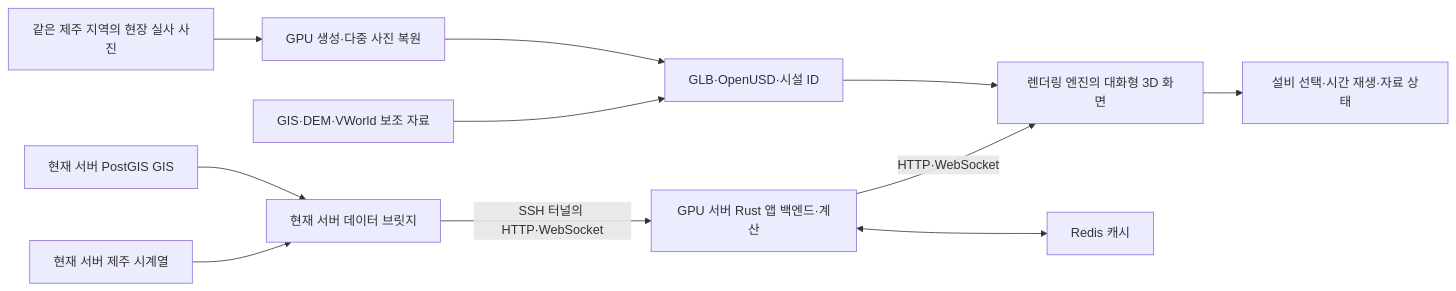
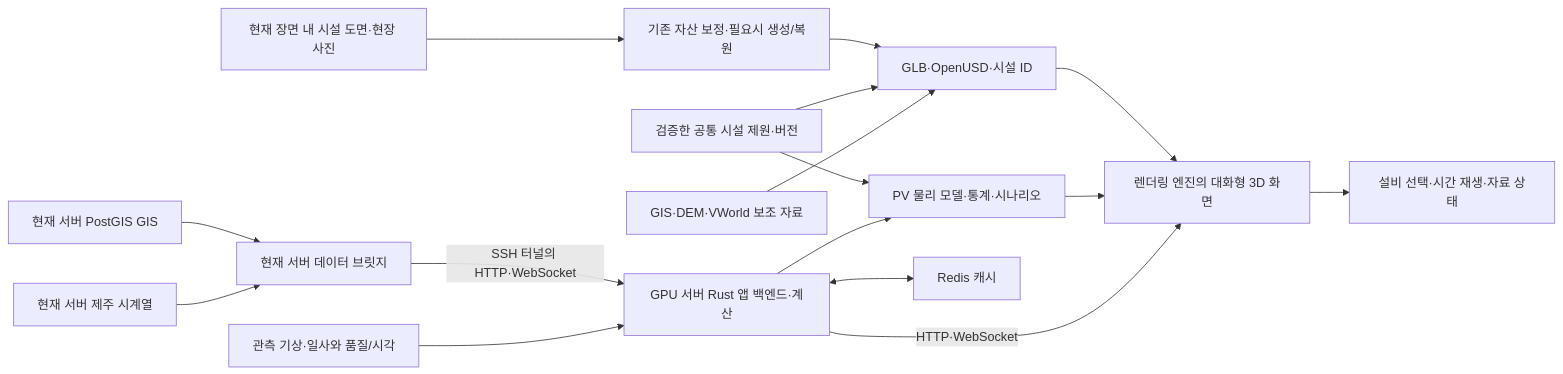
One commit to zongseung/Energy-Digital-Twin changed the first of 2 diagrams in jeju_power_grid_digital_twin_design.md. Above: the diagram before and after it, drawn with Mermaid. The commit also changed other lines of this file and 8 other files, not shown here.

````diff
--- a/jeju_power_grid_digital_twin_design.md
+++ b/jeju_power_grid_digital_twin_design.md
@@ -123,13 +128,18 @@
 ```mermaid
 flowchart LR
-    IMG[같은 제주 지역의 현장 실사 사진] --> GEN[GPU 생성·다중 사진 복원]
+    IMG[현재 장면 내 시설 도면·현장 사진] --> GEN[기존 자산 보정·필요시 생성/복원]
     GEN --> FILE[GLB·OpenUSD·시설 ID]
+    SPEC[검증한 공통 시설 제원·버전] --> FILE
+    SPEC --> MODEL[PV 물리 모델·통계·시나리오]
     FILE --> VIEW[렌더링 엔진의 대화형 3D 화면]
     GIS[현재 서버 PostGIS GIS] --> BRIDGE[현재 서버 데이터 브릿지]
     TS[현재 서버 제주 시계열] --> BRIDGE
     BRIDGE -->|SSH 터널의 HTTP·WebSocket| API[GPU 서버 Rust 앱 백엔드·계산]
     DEM[GIS·DEM·VWorld 보조 자료] --> FILE
     API <--> CACHE[Redis 캐시]
+    WEATHER[관측 기상·일사와 품질/시각] --> API
+    API --> MODEL
+    MODEL --> VIEW
     API -->|HTTP·WebSocket| VIEW
     VIEW --> UI[설비 선택·시간 재생·자료 상태]
 ```
````
